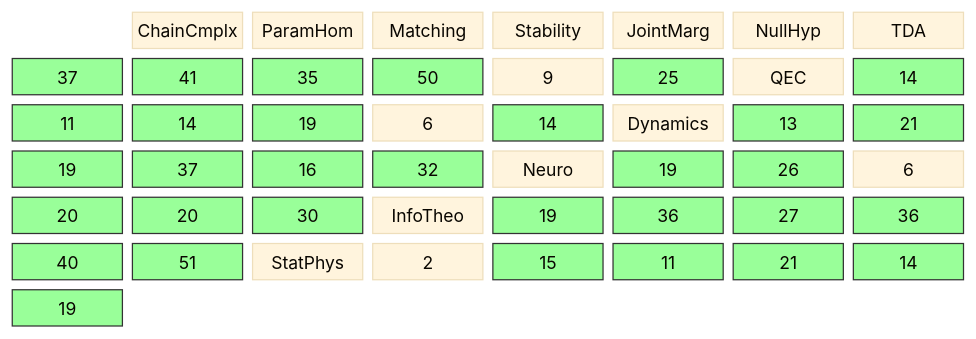
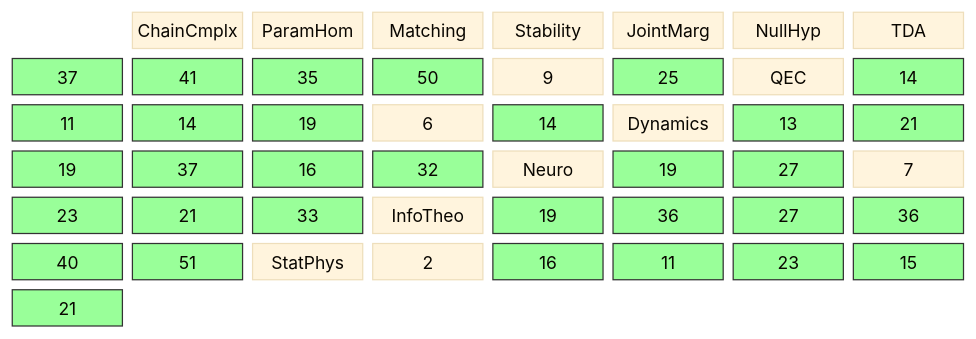
Before and after one commit to musicofhel/topoyolo: the diagram in diagrams/coverage-matrix.md, drawn with Mermaid. The commit also changed other lines of this file and 7 other files, not shown here.

````diff
--- a/diagrams/coverage-matrix.md
+++ b/diagrams/coverage-matrix.md
@@ -22,46 +22,46 @@
 ```mermaid
 %%{init: {'theme': 'base', 'themeVariables': {'fontSize': '14px'}}}%%
 block-beta
   columns 8
 
   space:1 CC["ChainCmplx"] PH["ParamHom"] MA["Matching"] ST["Stability"] JM["JointMarg"] NH["NullHyp"]
 
   TDA["TDA"] TDA_CC["37"] TDA_PH["41"] TDA_MA["35"] TDA_ST["50"] TDA_JM["9"] TDA_NH["25"]
   QEC["QEC"] QEC_CC["14"] QEC_PH["11"] QEC_MA["14"] QEC_ST["19"] QEC_JM["6"] QEC_NH["14"]
   DYN["Dynamics"] DYN_CC["13"] DYN_PH["21"] DYN_MA["19"] DYN_ST["37"] DYN_JM["16"] DYN_NH["32"]
-  NEU["Neuro"] NEU_CC["19"] NEU_PH["26"] NEU_MA["6"] NEU_ST["20"] NEU_JM["20"] NEU_NH["30"]
+  NEU["Neuro"] NEU_CC["19"] NEU_PH["27"] NEU_MA["7"] NEU_ST["23"] NEU_JM["21"] NEU_NH["33"]
   IT["InfoTheo"] IT_CC["19"] IT_PH["36"] IT_MA["27"] IT_ST["36"] IT_JM["40"] IT_NH["51"]
-  SP["StatPhys"] SP_CC["2"] SP_PH["15"] SP_MA["11"] SP_ST["21"] SP_JM["14"] SP_NH["19"]
+  SP["StatPhys"] SP_CC["2"] SP_PH["16"] SP_MA["11"] SP_ST["23"] SP_JM["15"] SP_NH["21"]
   style TDA_CC fill:#9f9,stroke:#333
   style TDA_PH fill:#9f9,stroke:#333
   style TDA_MA fill:#9f9,stroke:#333
   style TDA_ST fill:#9f9,stroke:#333
   style TDA_NH fill:#9f9,stroke:#333
   style QEC_CC fill:#9f9,stroke:#333
   style QEC_PH fill:#9f9,stroke:#333
   style QEC_MA fill:#9f9,stroke:#333
   style QEC_ST fill:#9f9,stroke:#333
   style QEC_NH fill:#9f9,stroke:#333
   style DYN_CC fill:#9f9,stroke:#333
   style DYN_PH fill:#9f9,stroke:#333
   style DYN_MA fill:#9f9,stroke:#333
   style DYN_ST fill:#9f9,stroke:#333
   style DYN_JM fill:#9f9,stroke:#333
   style DYN_NH fill:#9f9,stroke:#333
   style NEU_CC fill:#9f9,stroke:#333
   style NEU_PH fill:#9f9,stroke:#333
   style NEU_ST fill:#9f9,stroke:#333
   style NEU_JM fill:#9f9,stroke:#333
   style NEU_NH fill:#9f9,stroke:#333
   style IT_CC fill:#9f9,stroke:#333
   style IT_PH fill:#9f9,stroke:#333
   style IT_MA fill:#9f9,stroke:#333
   style IT_ST fill:#9f9,stroke:#333
   style IT_JM fill:#9f9,stroke:#333
   style IT_NH fill:#9f9,stroke:#333
   style SP_PH fill:#9f9,stroke:#333
   style SP_MA fill:#9f9,stroke:#333
   style SP_ST fill:#9f9,stroke:#333
   style SP_JM fill:#9f9,stroke:#333
   style SP_NH fill:#9f9,stroke:#333
 ```
````
